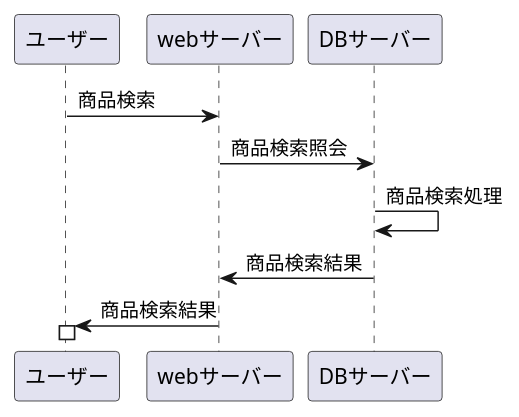
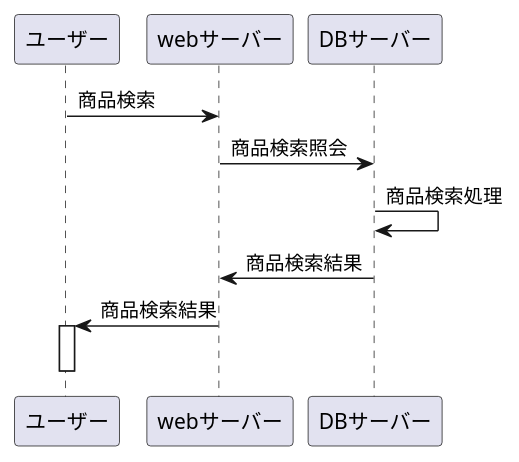
The diagram in sample.md (Aso2001397/2021sys-design), drawn with PlantUML before and after one commit.

````diff
--- a/sample.md
+++ b/sample.md
@@ -1,11 +1,12 @@
 ```uml
 @startuml 
 ユーザー -> webサーバー : 商品検索
 webサーバー -> DBサーバー : 商品検索照会
 DBサーバー -> DBサーバー : 商品検索処理
 DBサーバー -> webサーバー : 商品検索結果
 webサーバー -> ユーザー : 商品検索結果
 
 activate ユーザー
+deactivate ユーザー
 @enduml
 ```
````
